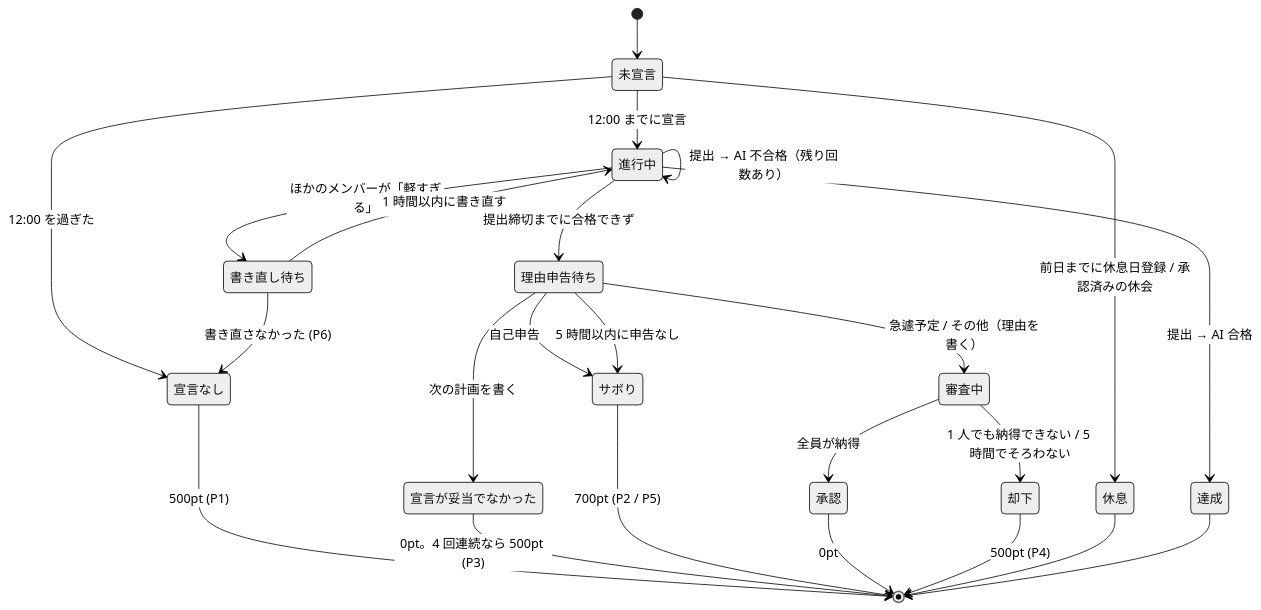
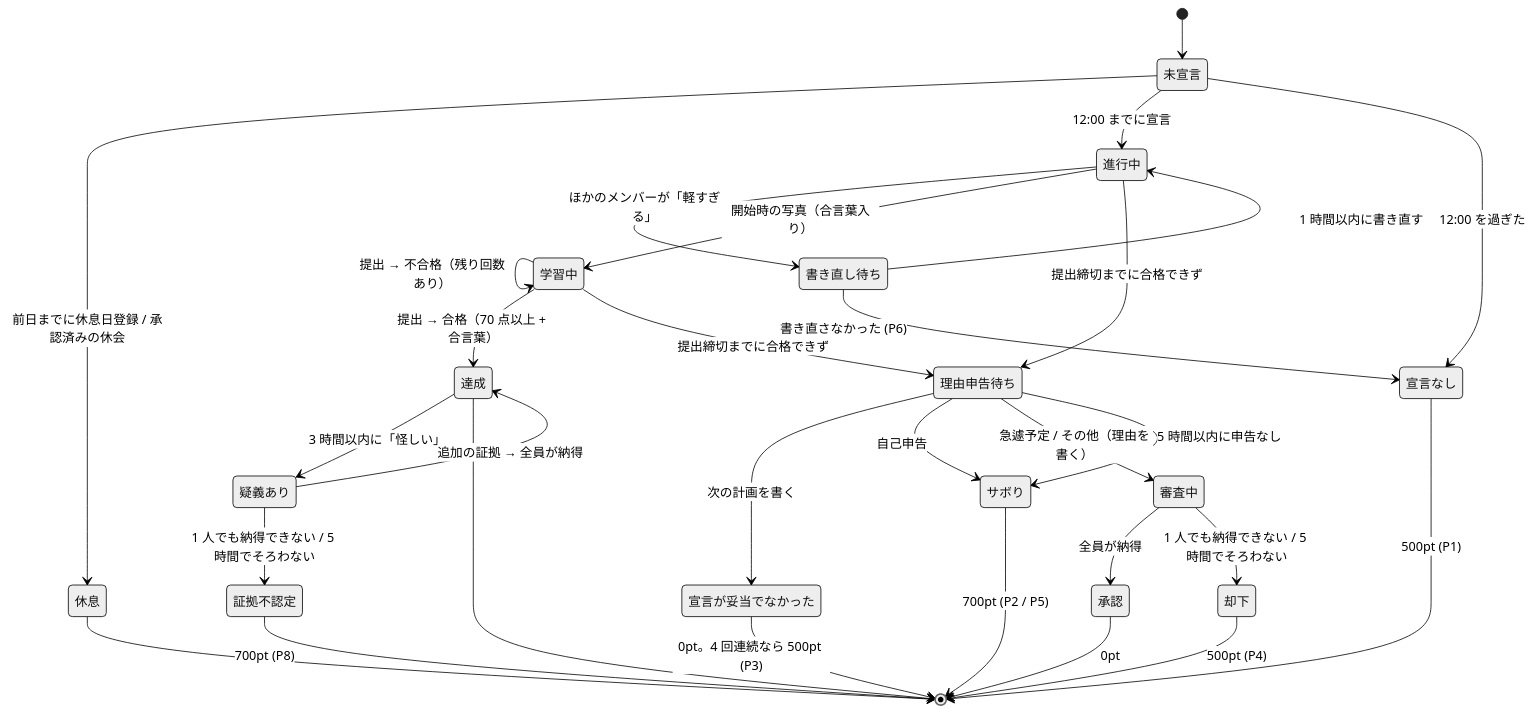
The diagram in docs/requirements.md (ashilal1/force-study-app), drawn with Mermaid (neutral theme) before and after one commit. The commit also changed other lines of this file and 6 other files, not shown here.

````diff
--- a/docs/requirements.md
+++ b/docs/requirements.md
@@ -57,29 +58,35 @@
 ```mermaid
 stateDiagram-v2
     [*] --> 未宣言
     未宣言 --> 休息: 前日までに休息日登録 / 承認済みの休会
     未宣言 --> 進行中: 12:00 までに宣言
     未宣言 --> 宣言なし: 12:00 を過ぎた
     宣言なし --> [*]: 500pt (P1)
 
     進行中 --> 書き直し待ち: ほかのメンバーが「軽すぎる」
     書き直し待ち --> 進行中: 1 時間以内に書き直す
     書き直し待ち --> 宣言なし: 書き直さなかった (P6)
-    進行中 --> 進行中: 提出 → AI 不合格（残り回数あり）
-    進行中 --> 達成: 提出 → AI 合格
+    進行中 --> 学習中: 開始時の写真（合言葉入り）
+    学習中 --> 学習中: 提出 → 不合格（残り回数あり）
+    学習中 --> 達成: 提出 → 合格（70 点以上 + 合言葉）
     進行中 --> 理由申告待ち: 提出締切までに合格できず
+    学習中 --> 理由申告待ち: 提出締切までに合格できず
+    達成 --> 疑義あり: 3 時間以内に「怪しい」
+    疑義あり --> 達成: 追加の証拠 → 全員が納得
+    疑義あり --> 証拠不認定: 1 人でも納得できない / 5 時間でそろわない
+    証拠不認定 --> [*]: 700pt (P8)
 
     理由申告待ち --> 宣言が妥当でなかった: 次の計画を書く
     理由申告待ち --> サボり: 自己申告
     理由申告待ち --> 審査中: 急遽予定 / その他（理由を書く）
     理由申告待ち --> サボり: 5 時間以内に申告なし
 
     宣言が妥当でなかった --> [*]: 0pt。4 回連続なら 500pt (P3)
     サボり --> [*]: 700pt (P2 / P5)
     審査中 --> 承認: 全員が納得
     審査中 --> 却下: 1 人でも納得できない / 5 時間でそろわない
     承認 --> [*]: 0pt
     却下 --> [*]: 500pt (P4)
     休息 --> [*]
     達成 --> [*]
 ```
````
